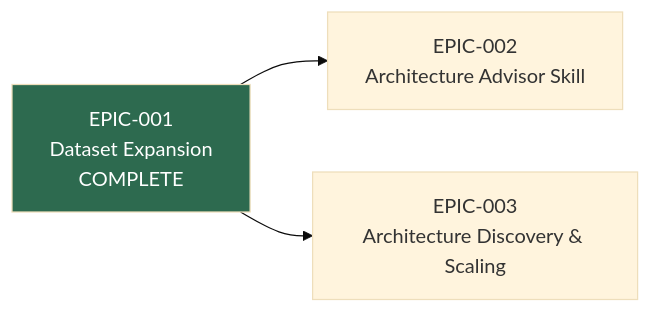
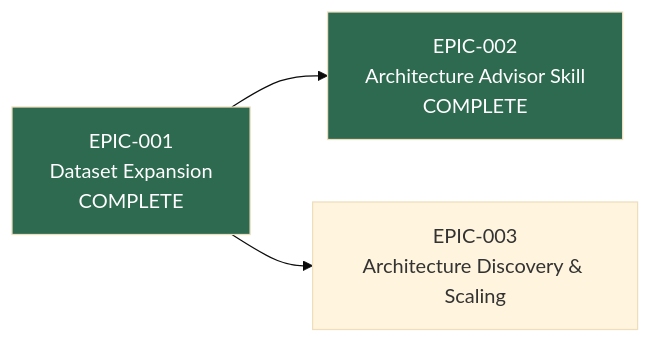
Before and after one commit to cristoslc/architecture-reference: the diagram in docs/vision/(VISION-001)-Evidence-Based-Architecture-Decision-Platform/roadmap.md, drawn with Mermaid (base theme). The commit also changed other lines of this file and 2 other files, not shown here.

First line of the commit message:
Complete EPIC-002: architecture-advisor skill fully implemented

````diff
--- a/docs/vision/(VISION-001)-Evidence-Based-Architecture-Decision-Platform/roadmap.md
+++ b/docs/vision/(VISION-001)-Evidence-Based-Architecture-Decision-Platform/roadmap.md
@@ -7,6 +7,7 @@
 ```mermaid
 graph LR
-    E1[EPIC-001<br/>Dataset Expansion<br/>COMPLETE] --> E2[EPIC-002<br/>Architecture Advisor Skill]
+    E1[EPIC-001<br/>Dataset Expansion<br/>COMPLETE] --> E2[EPIC-002<br/>Architecture Advisor Skill<br/>COMPLETE]
     E1 --> E3[EPIC-003<br/>Architecture Discovery & Scaling]
     style E1 fill:#2d6a4f,color:#fff
+    style E2 fill:#2d6a4f,color:#fff
 ```
````
